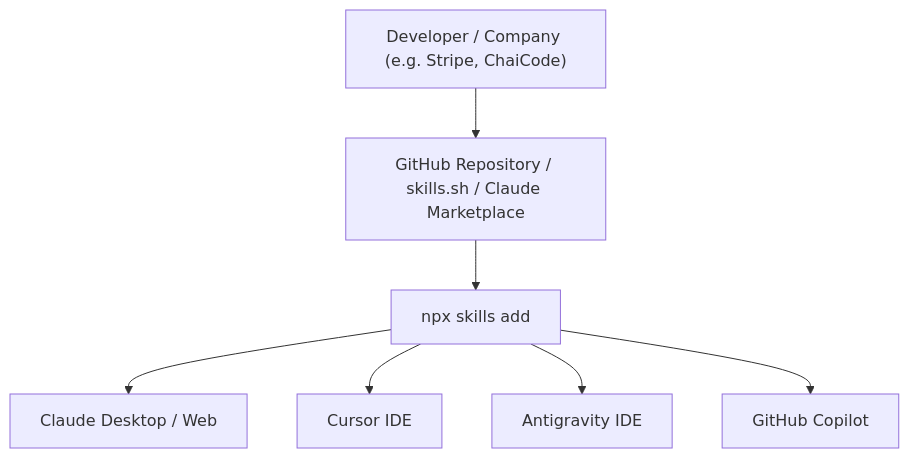
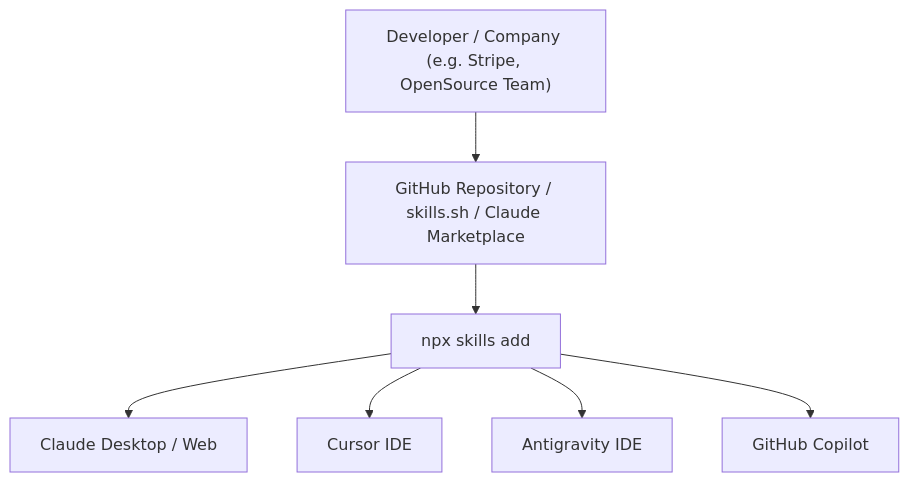
Before and after one commit to mohammedsaif001/full-stack-engineering-notes: the diagram in 13-genai/16-Claude-Skills-Architecture-Packaging-And-Skills-vs-MCP.md, drawn with Mermaid. The commit also changed other lines of this file and 2 other files, not shown here.

````diff
--- a/13-genai/16-Claude-Skills-Architecture-Packaging-And-Skills-vs-MCP.md
+++ b/13-genai/16-Claude-Skills-Architecture-Packaging-And-Skills-vs-MCP.md
@@ -196,11 +191,11 @@
 ```mermaid
 flowchart TD
-    Author["Developer / Company (e.g. Stripe, ChaiCode)"] --> Repo["GitHub Repository / skills.sh / Claude Marketplace"]
+    Author["Developer / Company (e.g. Stripe, OpenSource Team)"] --> Repo["GitHub Repository / skills.sh / Claude Marketplace"]
     
     Repo --> Installer["npx skills add <repo_name>"]
     
     Installer --> Host1["Claude Desktop / Web"]
     Installer --> Host2["Cursor IDE"]
     Installer --> Host3["Antigravity IDE"]
     Installer --> Host4["GitHub Copilot"]
 ```
````
